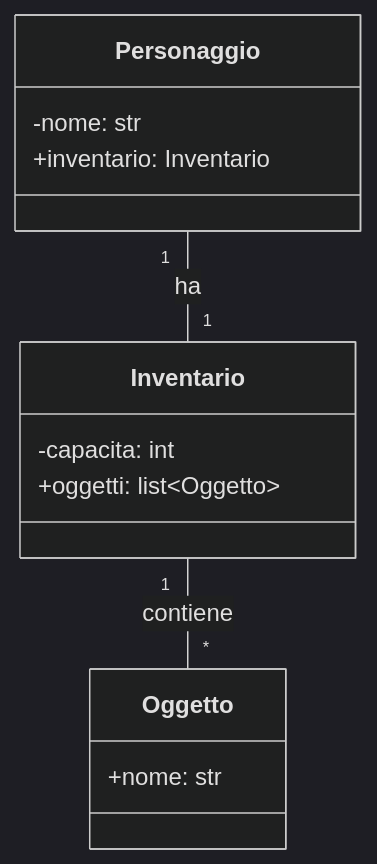
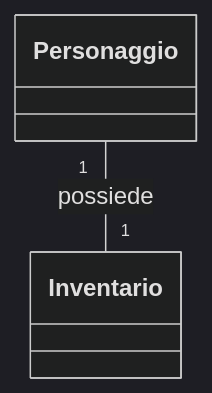
The first of 3 diagrams in 02_Programmazione_a_Oggetti/03_Relazioni_tra_Classi/03_Associazioni_e_Collaborazione.md (angelogalantiscuola/IT), drawn with Mermaid (dark theme) before and after one commit. The commit also changed other lines of this file and 16 other files, not shown here.

Commit message:
Remove outdated content on OOP concepts, including getters/setters, magic methods, UML diagrams, and software licenses; add a comprehensive guide on the modeling process with UML and its implementation in Python.

````diff
--- a/02_Programmazione_a_Oggetti/03_Relazioni_tra_Classi/03_Associazioni_e_Collaborazione.md
+++ b/02_Programmazione_a_Oggetti/03_Relazioni_tra_Classi/03_Associazioni_e_Collaborazione.md
@@ -21,17 +25,4 @@
 ```mermaid
 classDiagram
-    class Personaggio {
-        -nome: str
-        +inventario: Inventario
-    }
-    class Inventario {
-        -capacita: int
-        +oggetti: list~Oggetto~
-    }
-    class Oggetto {
-        +nome: str
-    }
-
-    Personaggio "1" -- "1" Inventario : ha
-    Inventario "1" -- "*" Oggetto : contiene
+    Personaggio "1" -- "1" Inventario : possiede
 ```
````
